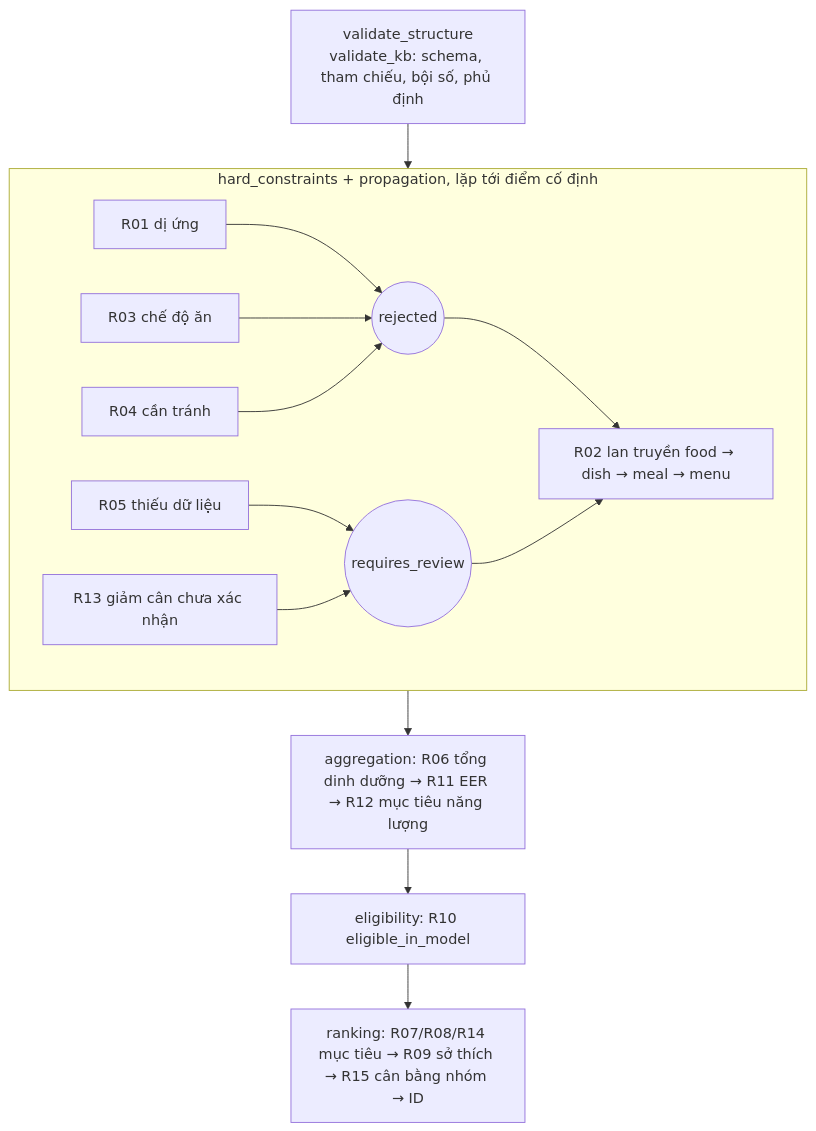
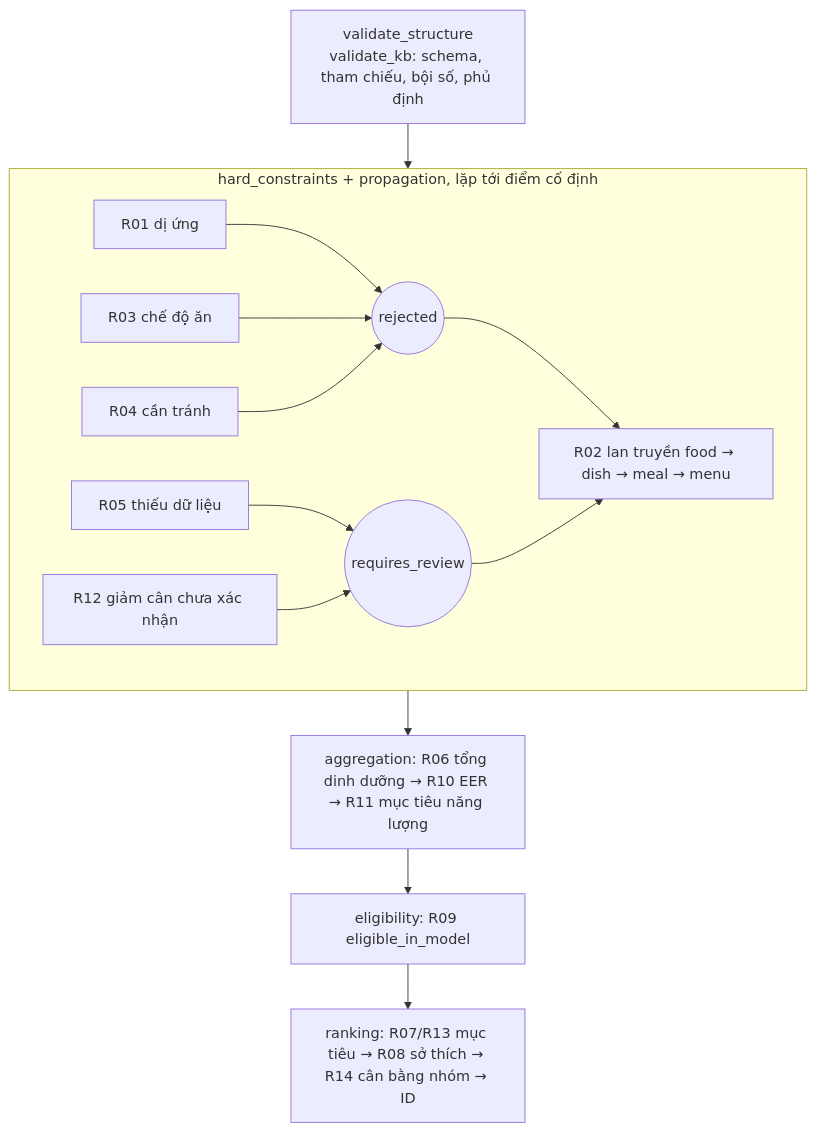
One commit to zaabinh/CS217-FoodNutritionKB changed the second of 3 diagrams in docs/model.md. Above: the diagram before and after it, drawn with Mermaid. The commit also changed other lines of this file and 11 other files, not shown here.

````diff
--- a/docs/model.md
+++ b/docs/model.md
@@ -158,17 +158,17 @@
 ```mermaid
 flowchart TB
   V["validate_structure<br/>validate_kb: schema, tham chiếu, bội số, phủ định"] --> H
   subgraph H["hard_constraints + propagation, lặp tới điểm cố định"]
     direction LR
     R01["R01 dị ứng"] --> RJ(("rejected"))
     R03["R03 chế độ ăn"] --> RJ
     R04["R04 cần tránh"] --> RJ
     R05["R05 thiếu dữ liệu"] --> RV(("requires_review"))
-    R13["R13 giảm cân chưa xác nhận"] --> RV
+    R12["R12 giảm cân chưa xác nhận"] --> RV
     RJ --> R02["R02 lan truyền food → dish → meal → menu"]
     RV --> R02
   end
-  H --> AG["aggregation: R06 tổng dinh dưỡng → R11 EER → R12 mục tiêu năng lượng"]
-  AG --> EL["eligibility: R10 eligible_in_model"]
-  EL --> RK["ranking: R07/R08/R14 mục tiêu → R09 sở thích → R15 cân bằng nhóm → ID"]
+  H --> AG["aggregation: R06 tổng dinh dưỡng → R10 EER → R11 mục tiêu năng lượng"]
+  AG --> EL["eligibility: R09 eligible_in_model"]
+  EL --> RK["ranking: R07/R13 mục tiêu → R08 sở thích → R14 cân bằng nhóm → ID"]
 ```
````
